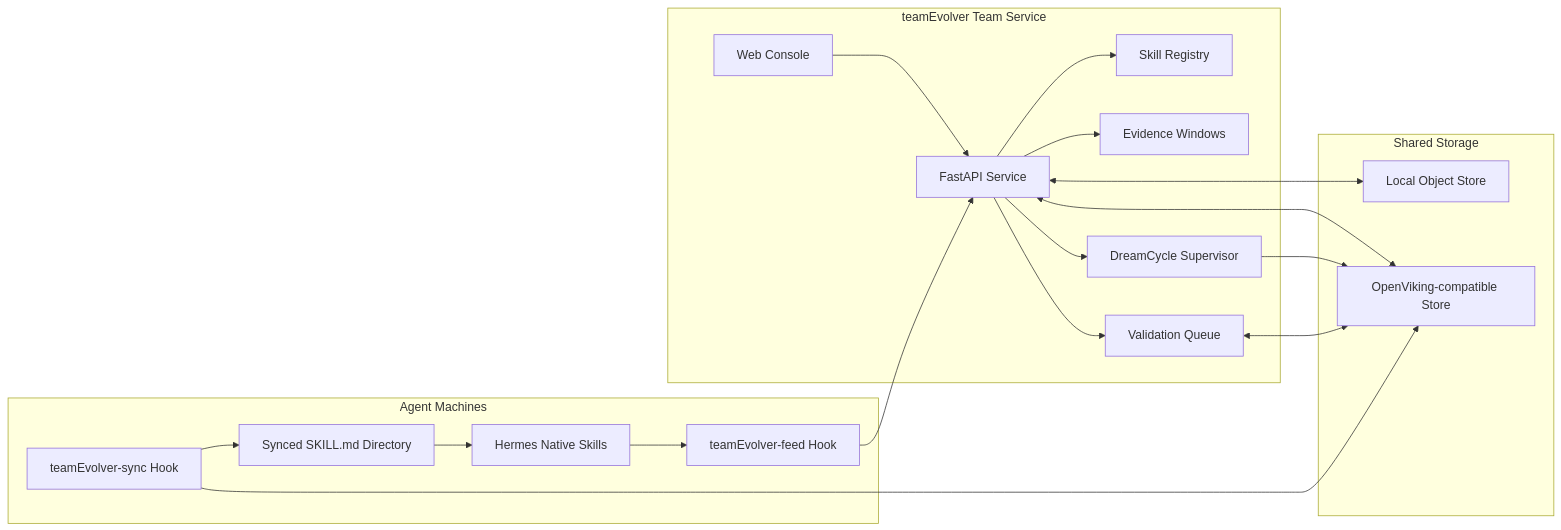
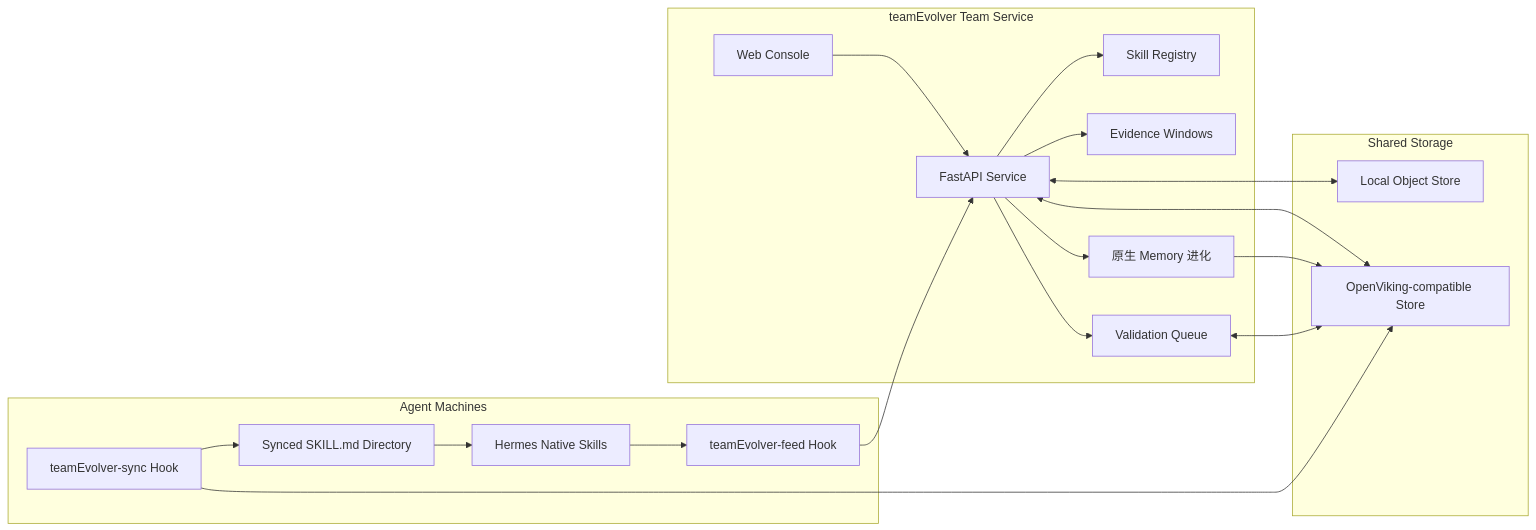
Before and after one commit to leoriczhang/teamEvolver: the first of 3 diagrams in README.md, drawn with Mermaid. The commit also changed other lines of this file and 172 other files, not shown here.

````diff
--- a/README.md
+++ b/README.md
@@ -92,38 +92,38 @@
 ```mermaid
 flowchart LR
     subgraph Team["teamEvolver Team Service"]
         Console["Web Console"]
         API["FastAPI Service"]
         Registry["Skill Registry"]
         Evidence["Evidence Windows"]
         Validation["Validation Queue"]
-        DreamCycle["DreamCycle Supervisor"]
+        DreamCycle["原生 Memory 进化"]
     end
 
     subgraph Storage["Shared Storage"]
         Local["Local Object Store"]
         Viking["OpenViking-compatible Store"]
     end
 
     subgraph Agent["Agent Machines"]
         Sync["teamEvolver-sync Hook"]
         Feed["teamEvolver-feed Hook"]
         Dir["Synced SKILL.md Directory"]
         Hermes["Hermes Native Skills"]
     end
 
     Console --> API
     API --> Registry
     API --> Evidence
     API --> Validation
     API --> DreamCycle
     API <--> Local
     API <--> Viking
     DreamCycle --> Viking
     Validation <--> Viking
     Sync --> Viking
     Sync --> Dir
     Dir --> Hermes
     Hermes --> Feed
     Feed --> API
 ```
````
